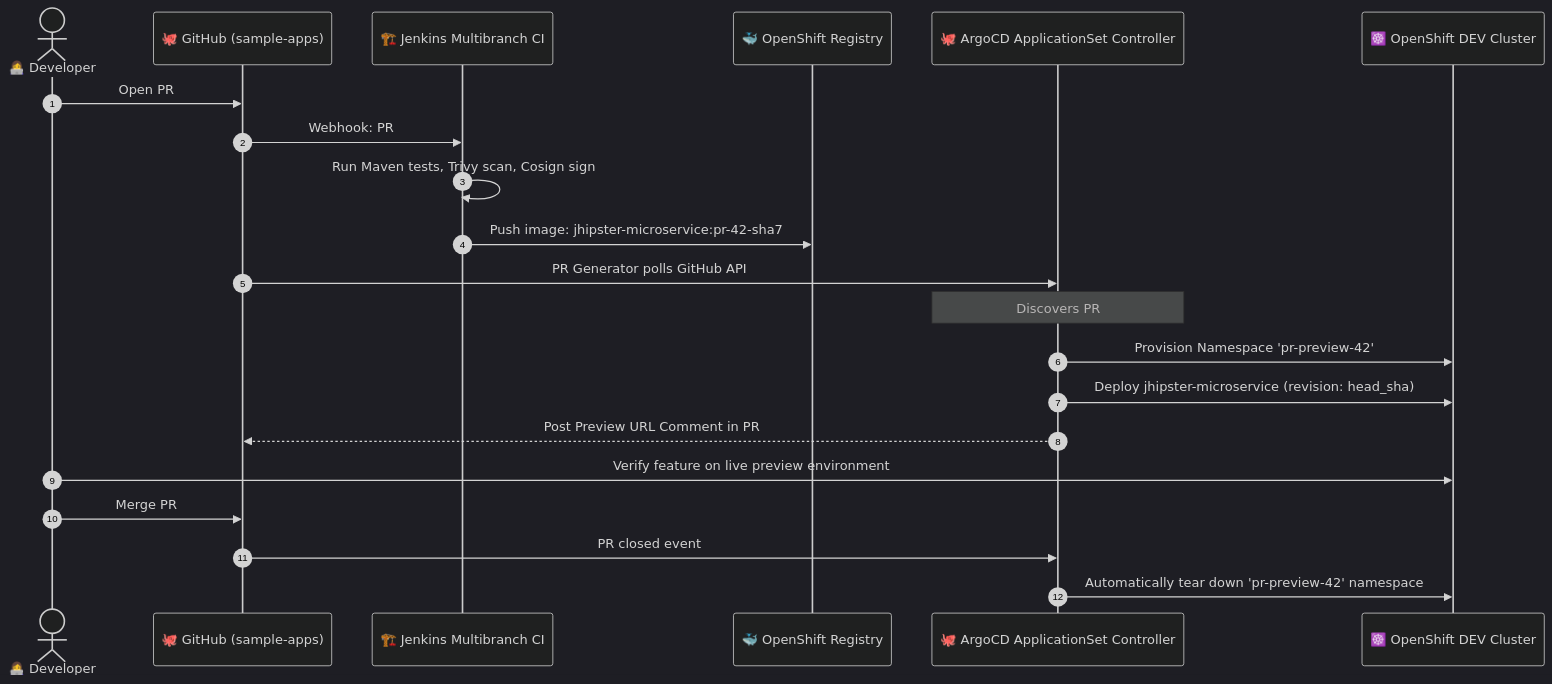
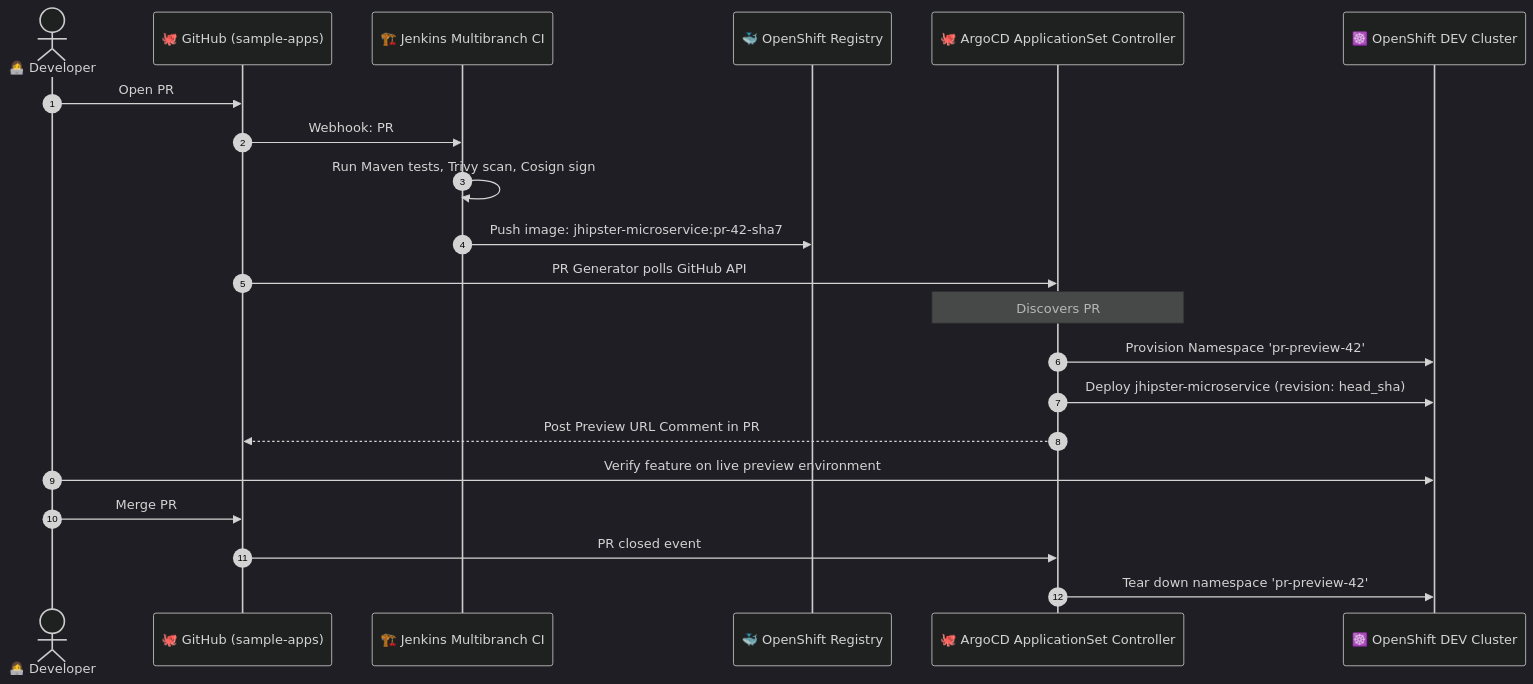
The ninth of 14 diagrams in README.md (nubenetes/jenkins-without-git-parameter), drawn with Mermaid (dark theme) before and after one commit. The commit also changed other lines of this file, not shown here.

Commit message:
fix(mermaid): shorten sequence labels, break long arrow chains, and compact subgraph titles

````diff
--- a/README.md
+++ b/README.md
@@ -680,27 +680,27 @@
 ```mermaid
 sequenceDiagram
     autonumber
     actor Dev as 👩‍💻 Developer
     participant GitHub as 🐙 GitHub (sample-apps)
     participant Jenkins as 🏗️ Jenkins Multibranch CI
     participant Registry as 🐳 OpenShift Registry
     participant ArgoCD as 🐙 ArgoCD ApplicationSet Controller
     participant Cluster as ☸️ OpenShift DEV Cluster
 
     Dev->>GitHub: Open PR #42 (feature/new-api)
     GitHub->>Jenkins: Webhook: PR #42 created
     Jenkins->>Jenkins: Run Maven tests, Trivy scan, Cosign sign
     Jenkins->>Registry: Push image: jhipster-microservice:pr-42-sha7
     
     GitHub->>ArgoCD: PR Generator polls GitHub API
     Note over ArgoCD: Discovers PR #42 with label 'preview-environment'
     ArgoCD->>Cluster: Provision Namespace 'pr-preview-42'
     ArgoCD->>Cluster: Deploy jhipster-microservice (revision: head_sha)
     ArgoCD-->>GitHub: Post Preview URL Comment in PR #42
     
     Dev->>Cluster: Verify feature on live preview environment
     
     Dev->>GitHub: Merge PR #42 into main
     GitHub->>ArgoCD: PR closed event
-    ArgoCD->>Cluster: Automatically tear down 'pr-preview-42' namespace
+    ArgoCD->>Cluster: Tear down namespace 'pr-preview-42'
 ```
````
